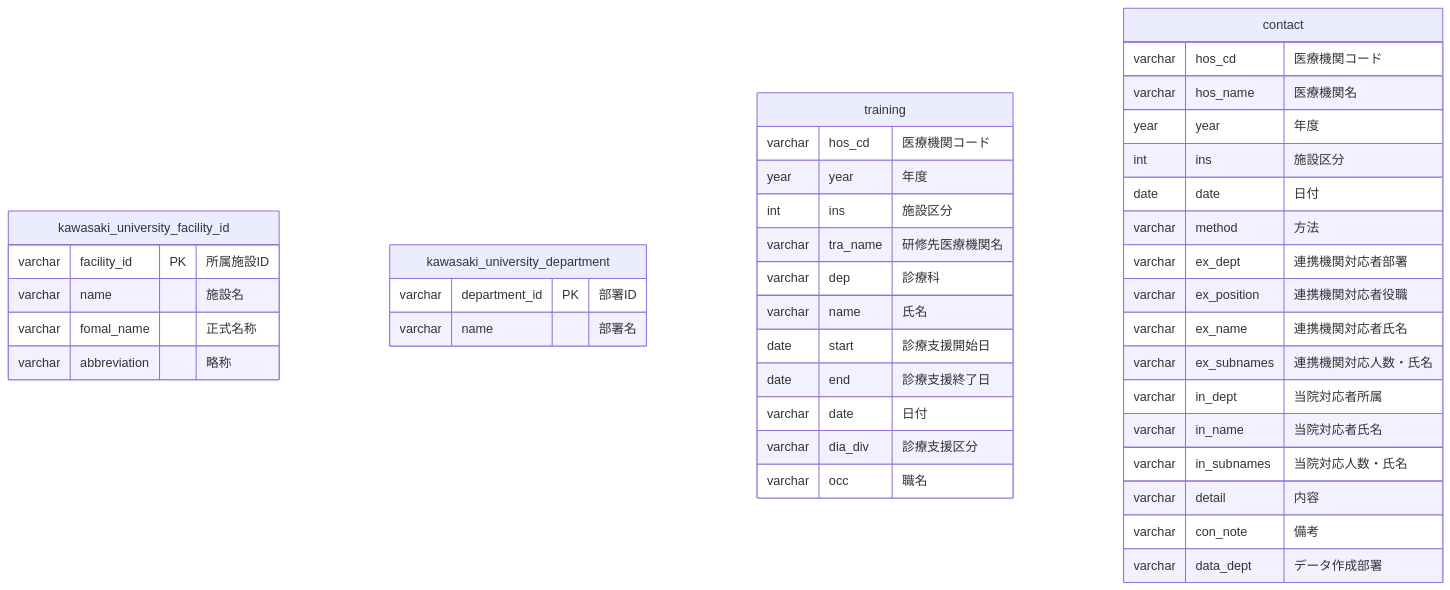
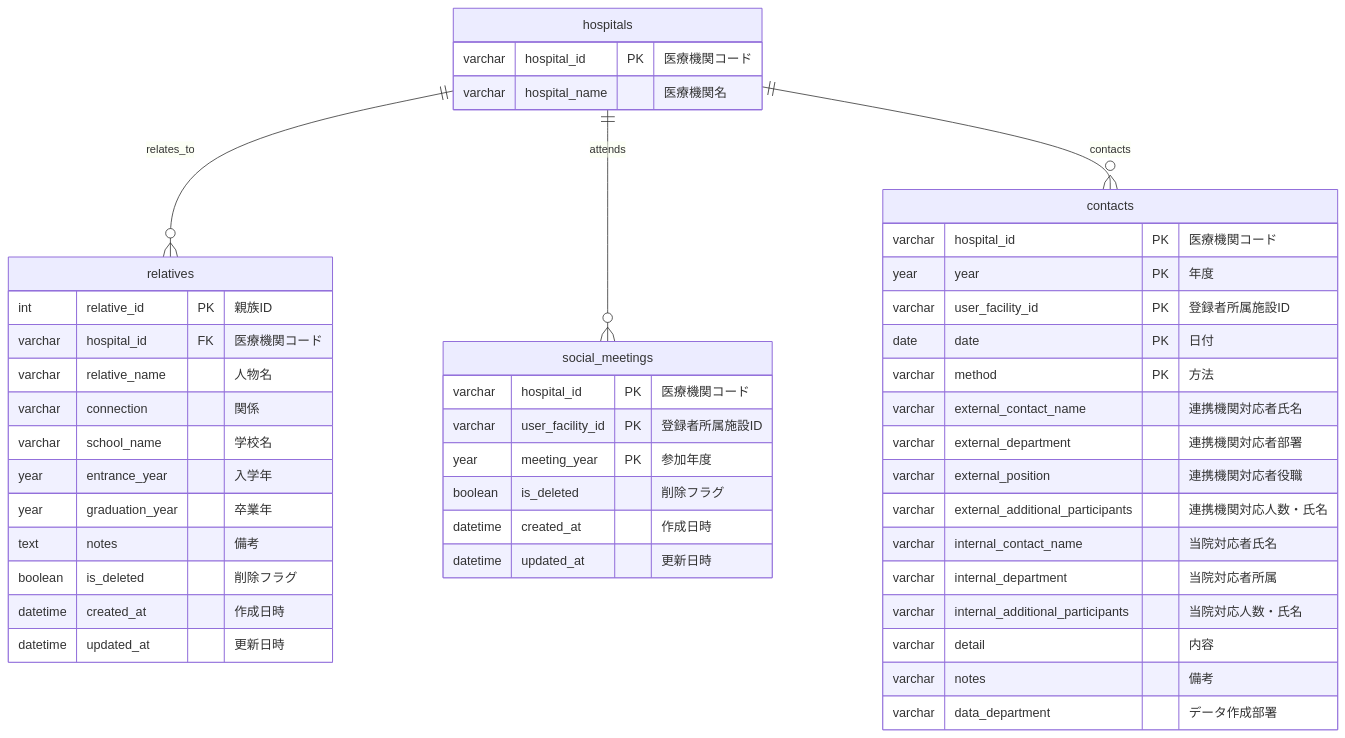
The tenth of 10 diagrams in rebuild/資料/新医療機関システム/仕様書等/DB/E-R/ER_diagram.md (w3422008/update_DB), drawn with Mermaid before and after one commit. The commit also changed other lines of this file and 5 other files, not shown here.

Commit message:
E-R図作成

````diff
--- a/rebuild/資料/新医療機関システム/仕様書等/DB/E-R/ER_diagram.md
+++ b/rebuild/資料/新医療機関システム/仕様書等/DB/E-R/ER_diagram.md
@@ -558,47 +399,53 @@
 ```mermaid
 erDiagram
-    kawasaki_university_facility_id {
-        varchar facility_id PK "所属施設ID"
-        varchar name "施設名"
-        varchar fomal_name "正式名称"
-        varchar abbreviation "略称"
+    hospitals {
+        varchar hospital_id PK "医療機関コード"
+        varchar hospital_name "医療機関名"
     }
     
-    kawasaki_university_department {
-        varchar department_id PK "部署ID"
-        varchar name "部署名"
+    relatives {
+        int relative_id PK "親族ID"
+        varchar hospital_id FK "医療機関コード"
+        varchar relative_name "人物名"
+        varchar connection "関係"
+        varchar school_name "学校名"
+        year entrance_year "入学年"
+        year graduation_year "卒業年"
+        text notes "備考"
+        boolean is_deleted "削除フラグ"
+        datetime created_at "作成日時"
+        datetime updated_at "更新日時"
     }
     
-    training {
-        varchar hos_cd "医療機関コード"
-        year year "年度"
-        int ins "施設区分"
-        varchar tra_name "研修先医療機関名"
-        varchar dep "診療科"
-        varchar name "氏名"
-        date start "診療支援開始日"
-        date end "診療支援終了日"
-        varchar date "日付"
-        varchar dia_div "診療支援区分"
-        varchar occ "職名"
+    social_meetings {
+        varchar hospital_id PK "医療機関コード"
+        varchar user_facility_id PK "登録者所属施設ID"
+        year meeting_year PK "参加年度"
+        boolean is_deleted "削除フラグ"
+        datetime created_at "作成日時"
+        datetime updated_at "更新日時"
     }
     
-    contact {
-        varchar hos_cd "医療機関コード"
-        varchar hos_name "医療機関名"
-        year year "年度"
-        int ins "施設区分"
-        date date "日付"
-        varchar method "方法"
-        varchar ex_dept "連携機関対応者部署"
-        varchar ex_position "連携機関対応者役職"
-        varchar ex_name "連携機関対応者氏名"
-        varchar ex_subnames "連携機関対応人数・氏名"
-        varchar in_dept "当院対応者所属"
-        varchar in_name "当院対応者氏名"
-        varchar in_subnames "当院対応人数・氏名"
+    contacts {
+        varchar hospital_id PK "医療機関コード"
+        year year PK "年度"
+        varchar user_facility_id PK "登録者所属施設ID"
+        date date PK "日付"
+        varchar method PK "方法"
+        varchar external_contact_name "連携機関対応者氏名"
+        varchar external_department "連携機関対応者部署"
+        varchar external_position "連携機関対応者役職"
+        varchar external_additional_participants "連携機関対応人数・氏名"
+        varchar internal_contact_name "当院対応者氏名"
+        varchar internal_department "当院対応者所属"
+        varchar internal_additional_participants "当院対応人数・氏名"
         varchar detail "内容"
-        varchar con_note "備考"
-        varchar data_dept "データ作成部署"
+        varchar notes "備考"
+        varchar data_department "データ作成部署"
     }
+    
+    %% リレーションシップ
+    hospitals ||--o{ relatives : "relates_to"
+    hospitals ||--o{ social_meetings : "attends"
+    hospitals ||--o{ contacts : "contacts"
 ```
````
